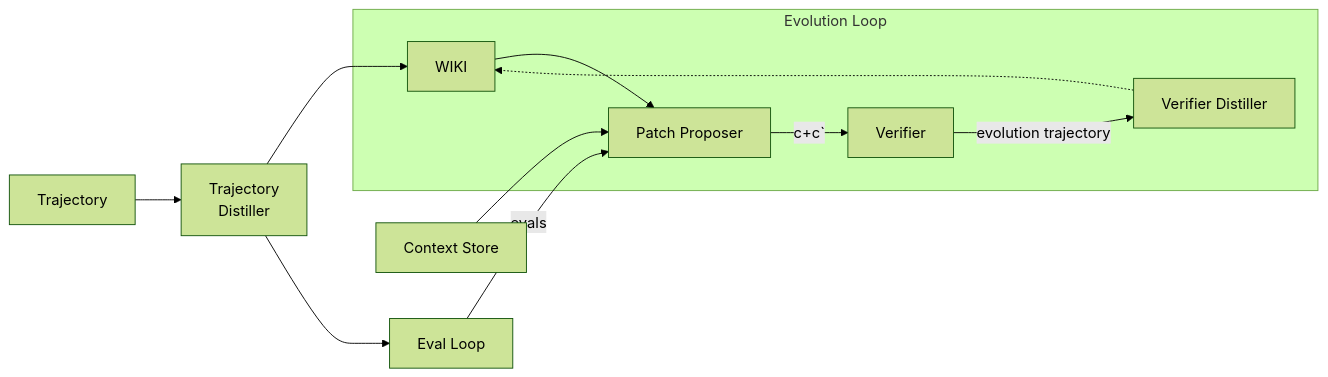
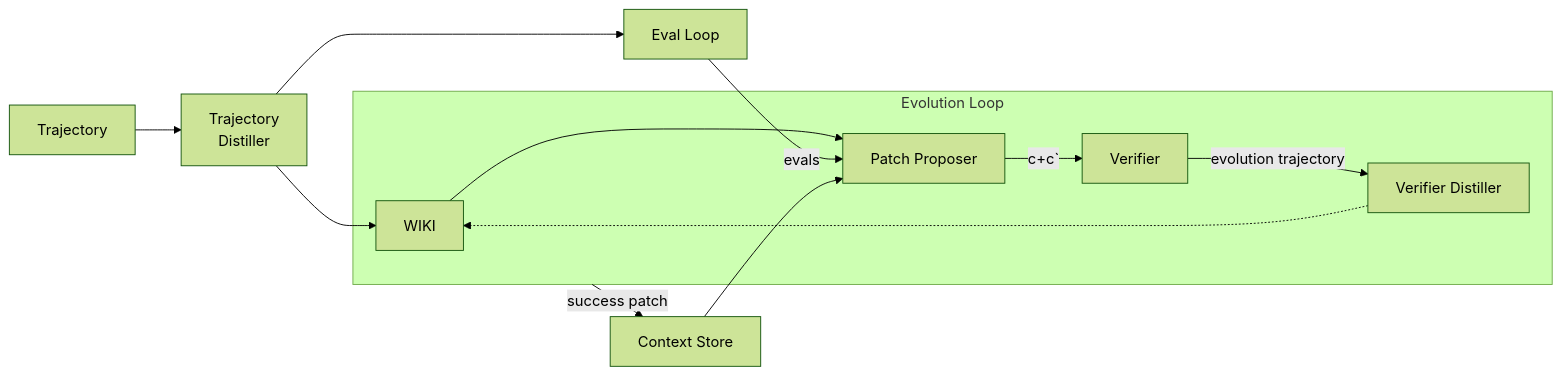
Before and after one commit to Ajaya1000/llmx: the second of 2 diagrams in docs/architecture/evolution-arch.human.md, drawn with Mermaid (forest theme). The commit also changed other lines of this file and 1 other file, not shown here.

Commit message:
Evolution loop updated arch human.md

````diff
--- a/docs/architecture/evolution-arch.human.md
+++ b/docs/architecture/evolution-arch.human.md
@@ -49,15 +44,17 @@
 ```mermaid
 flowchart LR
     Trajectory-->TrajectoryDistiller["Trajectory\n Distiller"]-->WIKI
     subgraph Evolution["Evolution Loop"]
         WIKI-->Proposer
         Proposer["Patch Proposer"]-->|"c+c`"|Verifier
         Verifier-->|"evolution trajectory"|VerifierDistiller["Verifier Distiller"]
         VerifierDistiller-.->WIKI
     end
     
     TrajectoryDistiller-->Eval
     Eval["Eval Loop"]-->|"evals"|Proposer
     
     Context["Context Store"]-->Proposer
+
+    Evolution-->|"success patch"|Context
 ```
````
